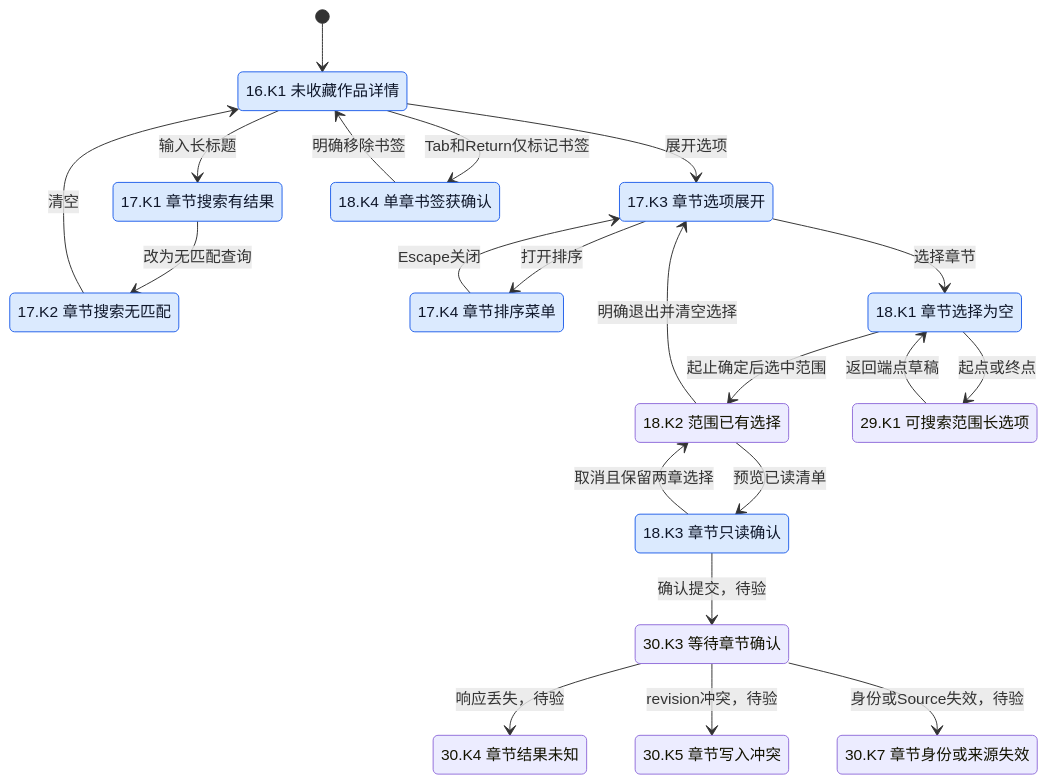
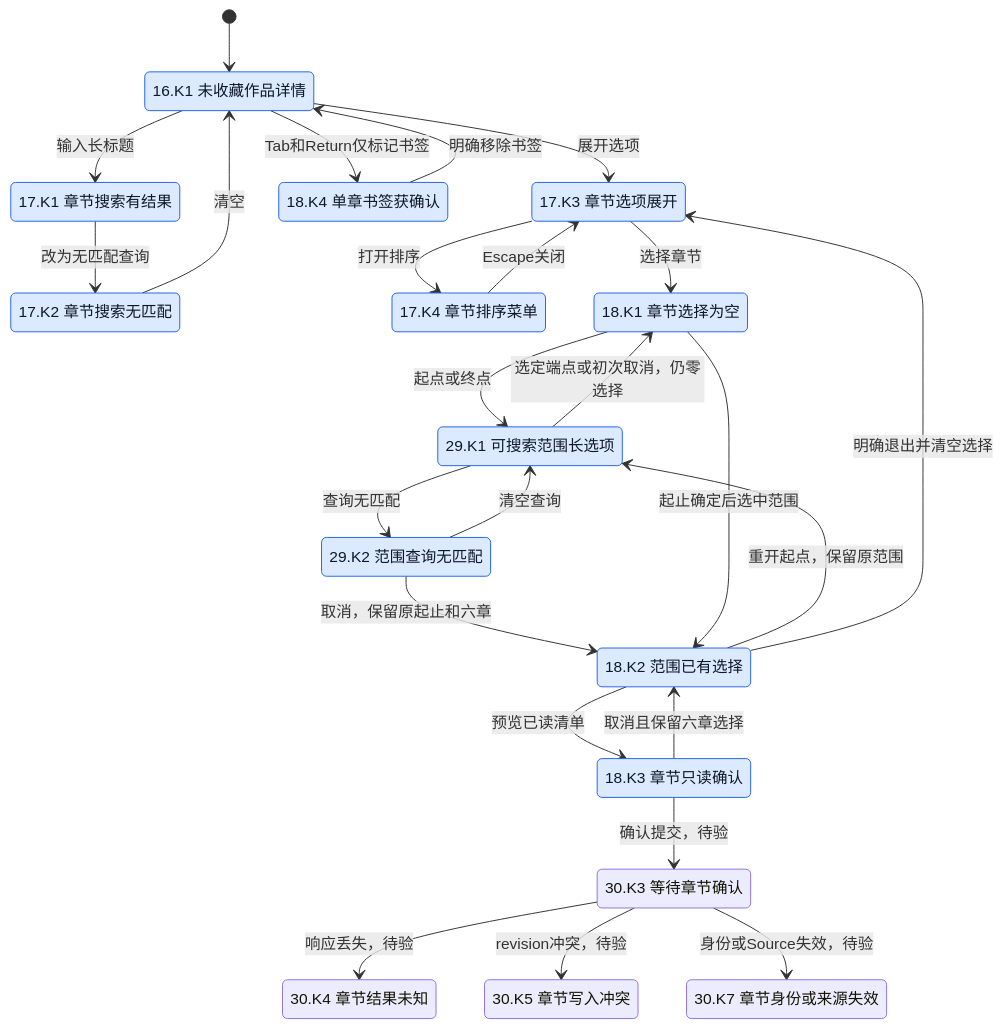
The ninth of 17 diagrams in docs/verification/mihon-state-coverage.md (Wybxc/karuyomi), drawn with Mermaid before and after one commit. The commit also changed other lines of this file and 4 other files, not shown here.

````diff
--- a/docs/verification/mihon-state-coverage.md
+++ b/docs/verification/mihon-state-coverage.md
@@ -986,39 +988,44 @@
 ```mermaid
 stateDiagram-v2
     [*] --> UncollectedDetails
     state "16.K1 未收藏作品详情" as UncollectedDetails
     state "17.K1 章节搜索有结果" as ChapterMatch
     state "17.K2 章节搜索无匹配" as ChapterEmpty
     state "17.K3 章节选项展开" as ChapterOptions
     state "17.K4 章节排序菜单" as ChapterOrderMenu
     state "18.K1 章节选择为空" as NoChapterSelection
     state "18.K2 范围已有选择" as ChapterRange
     state "18.K3 章节只读确认" as ChapterReview
     state "18.K4 单章书签获确认" as ChapterBookmarked
     state "29.K1 可搜索范围长选项" as ChapterEndpoint
+    state "29.K2 范围查询无匹配" as ChapterEndpointEmpty
     state "30.K3 等待章节确认" as ChapterSending
     state "30.K4 章节结果未知" as ChapterUnknown
     state "30.K5 章节写入冲突" as ChapterConflict
     state "30.K7 章节身份或来源失效" as ChapterExpired
     UncollectedDetails --> ChapterMatch: 输入长标题
     ChapterMatch --> ChapterEmpty: 改为无匹配查询
     ChapterEmpty --> UncollectedDetails: 清空
     UncollectedDetails --> ChapterOptions: 展开选项
     ChapterOptions --> ChapterOrderMenu: 打开排序
     ChapterOrderMenu --> ChapterOptions: Escape关闭
     ChapterOptions --> NoChapterSelection: 选择章节
     NoChapterSelection --> ChapterEndpoint: 起点或终点
-    ChapterEndpoint --> NoChapterSelection: 返回端点草稿
+    ChapterEndpoint --> NoChapterSelection: 选定端点或初次取消，仍零选择
+    ChapterEndpoint --> ChapterEndpointEmpty: 查询无匹配
+    ChapterEndpointEmpty --> ChapterEndpoint: 清空查询
+    ChapterRange --> ChapterEndpoint: 重开起点，保留原范围
+    ChapterEndpointEmpty --> ChapterRange: 取消，保留原起止和六章
     NoChapterSelection --> ChapterRange: 起止确定后选中范围
     ChapterRange --> ChapterReview: 预览已读清单
-    ChapterReview --> ChapterRange: 取消且保留两章选择
+    ChapterReview --> ChapterRange: 取消且保留六章选择
     ChapterRange --> ChapterOptions: 明确退出并清空选择
     UncollectedDetails --> ChapterBookmarked: Tab和Return仅标记书签
     ChapterBookmarked --> UncollectedDetails: 明确移除书签
     ChapterReview --> ChapterSending: 确认提交，待验
     ChapterSending --> ChapterUnknown: 响应丢失，待验
     ChapterSending --> ChapterConflict: revision冲突，待验
     ChapterSending --> ChapterExpired: 身份或Source失效，待验
     classDef paired fill:#dbeafe,stroke:#2563eb,color:#0f172a
-    class UncollectedDetails,ChapterMatch,ChapterEmpty,ChapterOptions,ChapterOrderMenu,NoChapterSelection,ChapterReview,ChapterBookmarked paired
+    class UncollectedDetails,ChapterMatch,ChapterEmpty,ChapterOptions,ChapterOrderMenu,NoChapterSelection,ChapterRange,ChapterReview,ChapterBookmarked,ChapterEndpoint,ChapterEndpointEmpty paired
 ```
````
